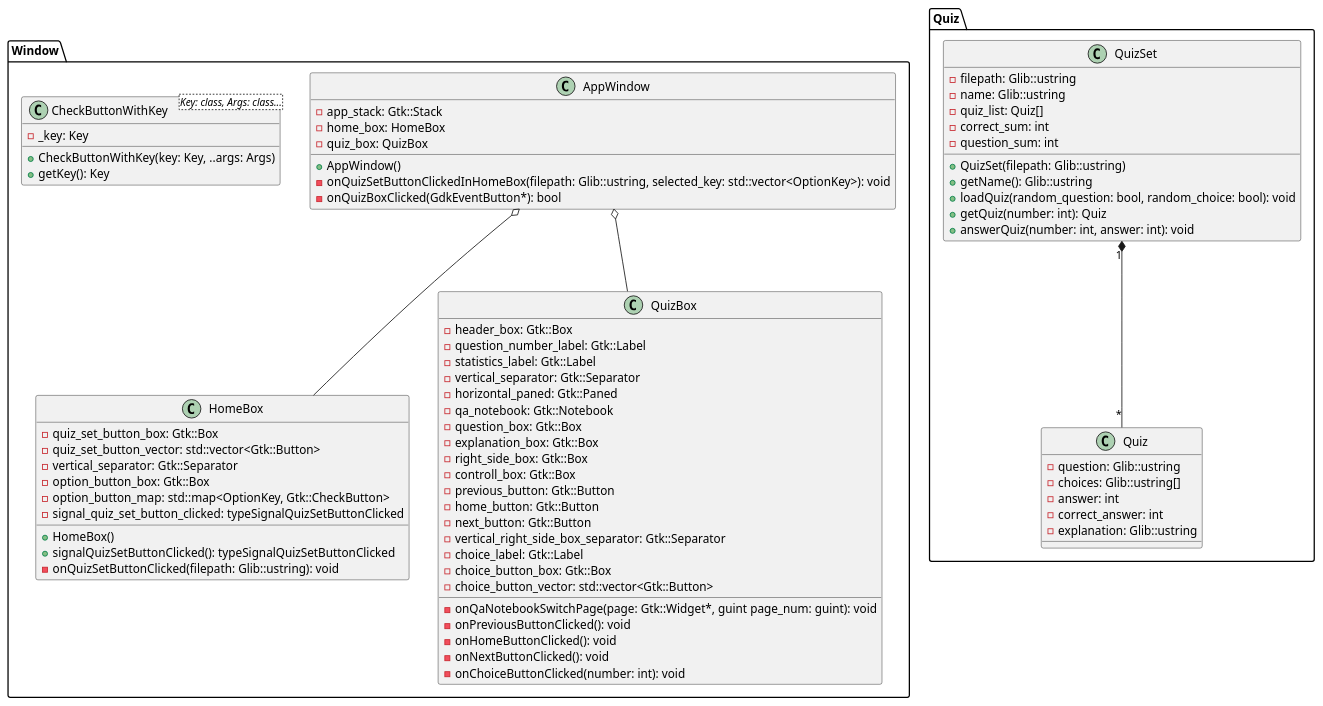
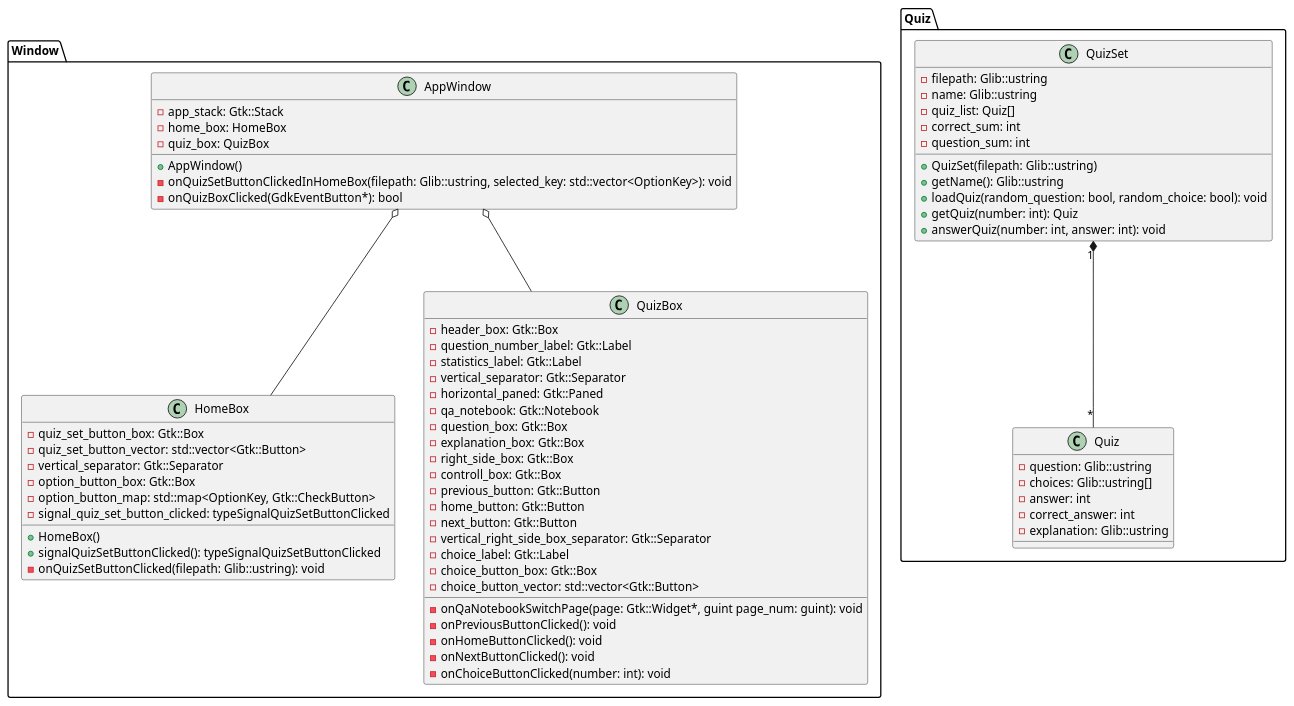
The diagram in design/class_diagram.plantuml (mikiya1130/Multiple_Choice_Quiz), drawn with PlantUML before and after one commit.

Commit message:
Remove CheckButtonWithKeyClass
use enum class OptionKey

```diff
--- a/design/class_diagram.plantuml
+++ b/design/class_diagram.plantuml
@@ -1,89 +1,83 @@
 @startuml class_diagram
 
 package "Window" {
     class AppWindow {
         - app_stack: Gtk::Stack
         - home_box: HomeBox
         - quiz_box: QuizBox
 
         + AppWindow()
         - onQuizSetButtonClickedInHomeBox(filepath: Glib::ustring, selected_key: std::vector<OptionKey>): void
         - onQuizBoxClicked(GdkEventButton*): bool
     }
 
     class HomeBox {
         - quiz_set_button_box: Gtk::Box
         - quiz_set_button_vector: std::vector<Gtk::Button>
         - vertical_separator: Gtk::Separator
         - option_button_box: Gtk::Box
         - option_button_map: std::map<OptionKey, Gtk::CheckButton>
         - signal_quiz_set_button_clicked: typeSignalQuizSetButtonClicked
 
         + HomeBox()
         + signalQuizSetButtonClicked(): typeSignalQuizSetButtonClicked
         - onQuizSetButtonClicked(filepath: Glib::ustring): void
     }
 
     class QuizBox {
         - header_box: Gtk::Box
         - question_number_label: Gtk::Label
         - statistics_label: Gtk::Label
         - vertical_separator: Gtk::Separator
         - horizontal_paned: Gtk::Paned
         - qa_notebook: Gtk::Notebook
         - question_box: Gtk::Box
         - explanation_box: Gtk::Box
         - right_side_box: Gtk::Box
         - controll_box: Gtk::Box
         - previous_button: Gtk::Button
         - home_button: Gtk::Button
         - next_button: Gtk::Button
         - vertical_right_side_box_separator: Gtk::Separator
         - choice_label: Gtk::Label
         - choice_button_box: Gtk::Box
         - choice_button_vector: std::vector<Gtk::Button>
 
         - onQaNotebookSwitchPage(page: Gtk::Widget*, guint page_num: guint): void
         - onPreviousButtonClicked(): void
         - onHomeButtonClicked(): void
         - onNextButtonClicked(): void
         - onChoiceButtonClicked(number: int): void
     }
 
-    class CheckButtonWithKey<Key: class, Args: class...> {
-        - _key: Key
-        + CheckButtonWithKey(key: Key, ..args: Args)
-        + getKey(): Key
-    }
-
     AppWindow o-- HomeBox
     AppWindow o-- QuizBox
 }
 
 package "Quiz" {
     class QuizSet {
         - filepath: Glib::ustring
         - name: Glib::ustring
         - quiz_list: Quiz[]
         - correct_sum: int
         - question_sum: int
 
         + QuizSet(filepath: Glib::ustring)
         + getName(): Glib::ustring
         + loadQuiz(random_question: bool, random_choice: bool): void
         + getQuiz(number: int): Quiz
         + answerQuiz(number: int, answer: int): void
     }
 
     class Quiz {
         - question: Glib::ustring
         - choices: Glib::ustring[]
         - answer: int
         - correct_answer: int
         - explanation: Glib::ustring
     }
 
     QuizSet "1" *-- "*" Quiz
 }
 
 @enduml
```
